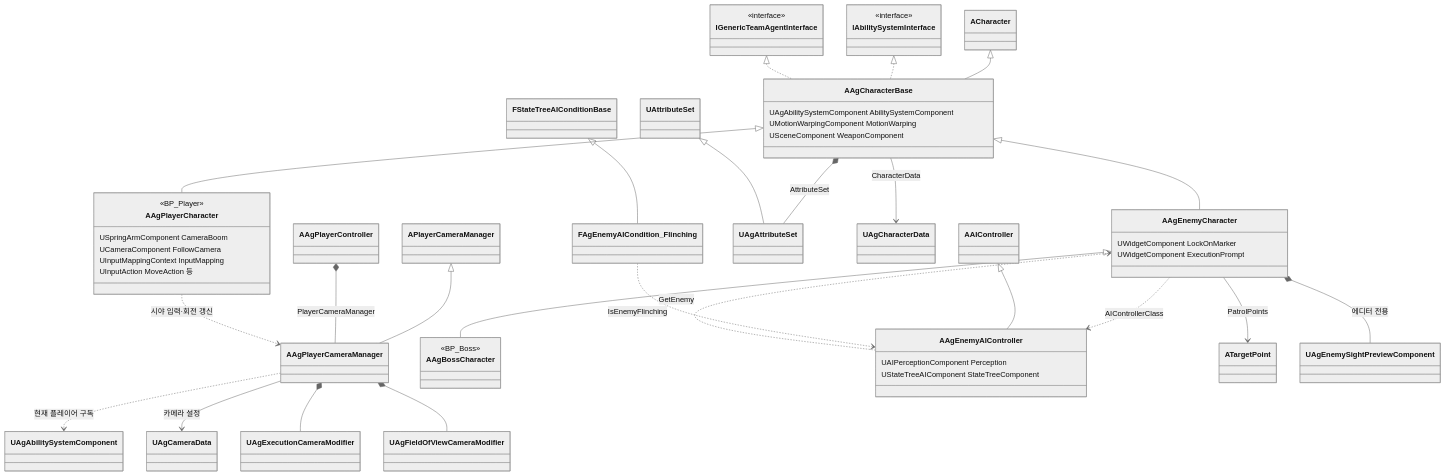
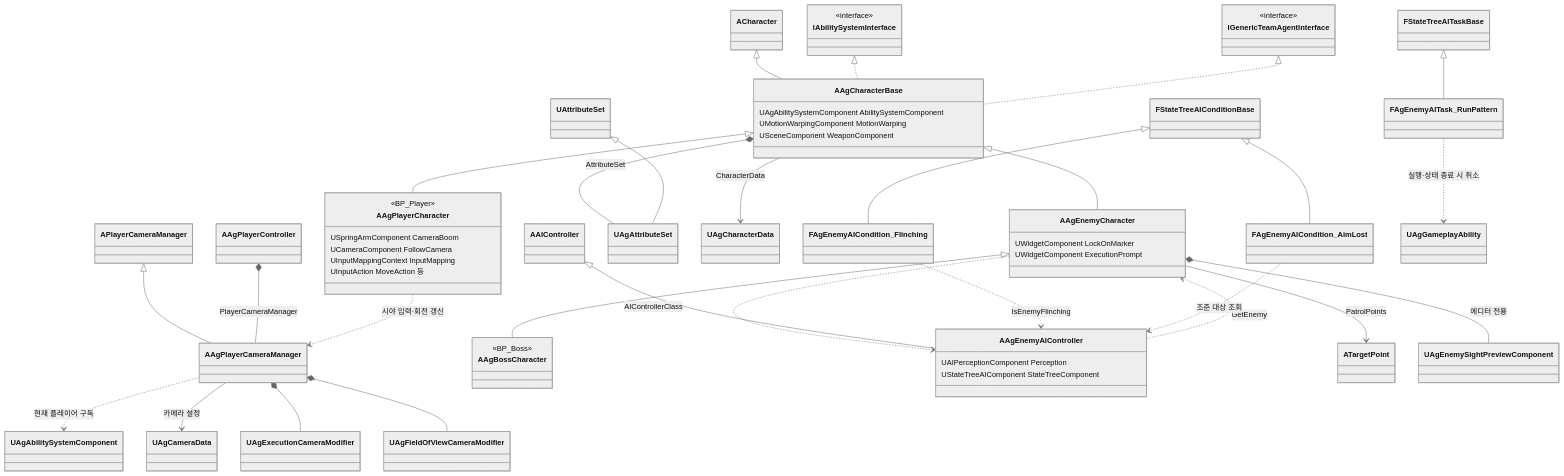
One commit to Woogl/Ag changed the first of 6 diagrams in Docs/Architecture/캐릭터 기반 구조와 GAS.md. Above: the diagram before and after it, drawn with Mermaid (neutral theme). The commit also changed other lines of this file and 24 other files, not shown here.

````diff
--- a/Docs/Architecture/캐릭터 기반 구조와 GAS.md
+++ b/Docs/Architecture/캐릭터 기반 구조와 GAS.md
@@ -43,58 +48,62 @@
 ```mermaid
 classDiagram
     direction TB
     class IAbilitySystemInterface {
         <<interface>>
     }
     class IGenericTeamAgentInterface {
         <<interface>>
     }
     class AAgCharacterBase {
         UAgAbilitySystemComponent AbilitySystemComponent
         UMotionWarpingComponent MotionWarping
         USceneComponent WeaponComponent
     }
     class AAgPlayerCharacter {
         <<BP_Player>>
         USpringArmComponent CameraBoom
         UCameraComponent FollowCamera
         UInputMappingContext InputMapping
         UInputAction MoveAction 등
     }
     class AAgPlayerCameraManager
     class AAgEnemyCharacter {
         UWidgetComponent LockOnMarker
         UWidgetComponent ExecutionPrompt
     }
     class AAgBossCharacter {
         <<BP_Boss>>
     }
     class AAgEnemyAIController {
         UAIPerceptionComponent Perception
         UStateTreeAIComponent StateTreeComponent
     }
     ACharacter <|-- AAgCharacterBase
     IAbilitySystemInterface <|.. AAgCharacterBase
     IGenericTeamAgentInterface <|.. AAgCharacterBase
     AAgCharacterBase <|-- AAgPlayerCharacter
     APlayerCameraManager <|-- AAgPlayerCameraManager
     AAgPlayerController *-- AAgPlayerCameraManager : PlayerCameraManager
     AAgPlayerCharacter ..> AAgPlayerCameraManager : 시야 입력·회전 갱신
     AAgPlayerCameraManager ..> UAgAbilitySystemComponent : 현재 플레이어 구독
     AAgPlayerCameraManager --> UAgCameraData : 카메라 설정
     AAgPlayerCameraManager *-- UAgExecutionCameraModifier
     AAgPlayerCameraManager *-- UAgFieldOfViewCameraModifier
     AAgCharacterBase <|-- AAgEnemyCharacter
     AAgEnemyCharacter <|-- AAgBossCharacter
 
     AAgCharacterBase *-- UAgAttributeSet : AttributeSet
     UAttributeSet <|-- UAgAttributeSet
     AAgCharacterBase --> UAgCharacterData : CharacterData
     AAgEnemyCharacter ..> AAgEnemyAIController : AIControllerClass
     AAgEnemyCharacter --> ATargetPoint : PatrolPoints
     AAgEnemyCharacter *-- UAgEnemySightPreviewComponent : 에디터 전용
     AAIController <|-- AAgEnemyAIController
     AAgEnemyAIController ..> AAgEnemyCharacter : GetEnemy
     FStateTreeAIConditionBase <|-- FAgEnemyAICondition_Flinching
     FAgEnemyAICondition_Flinching ..> AAgEnemyAIController : IsEnemyFlinching
+    FStateTreeAIConditionBase <|-- FAgEnemyAICondition_AimLost
+    FAgEnemyAICondition_AimLost ..> AAgEnemyAIController : 조준 대상 조회
+    FStateTreeAITaskBase <|-- FAgEnemyAITask_RunPattern
+    FAgEnemyAITask_RunPattern ..> UAgGameplayAbility : 실행·상태 종료 시 취소
 ```
````
